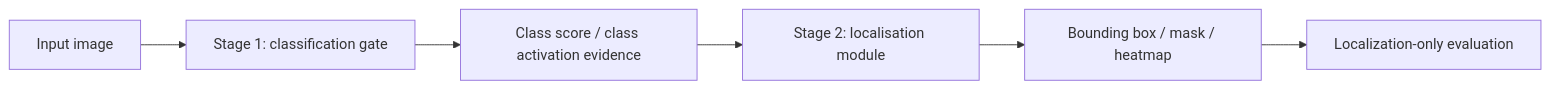
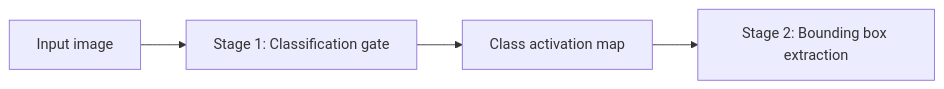
One commit to khoaph0712/Final-Year-Project-PDK changed the fourth of 4 diagrams in docs/01_final_report/WORKFLOW_APPROACHES_AND_DL_REWORK.md. Above: the diagram before and after it, drawn with Mermaid. The commit also changed other lines of this file and 432 other files, not shown here.

````diff
--- a/docs/01_final_report/WORKFLOW_APPROACHES_AND_DL_REWORK.md
+++ b/docs/01_final_report/WORKFLOW_APPROACHES_AND_DL_REWORK.md
@@ -113,8 +136,6 @@
 ```mermaid
 flowchart LR
-    A["Input image"] --> B["Stage 1: classification gate"]
-    B --> C["Class score / class activation evidence"]
-    C --> D["Stage 2: localisation module"]
-    D --> E["Bounding box / mask / heatmap"]
-    E --> F["Localization-only evaluation"]
+    A["Input image"] --> B["Stage 1: Classification gate"]
+    B --> C["Class activation map"]
+    C --> D["Stage 2: Bounding box extraction"]
 ```
````
